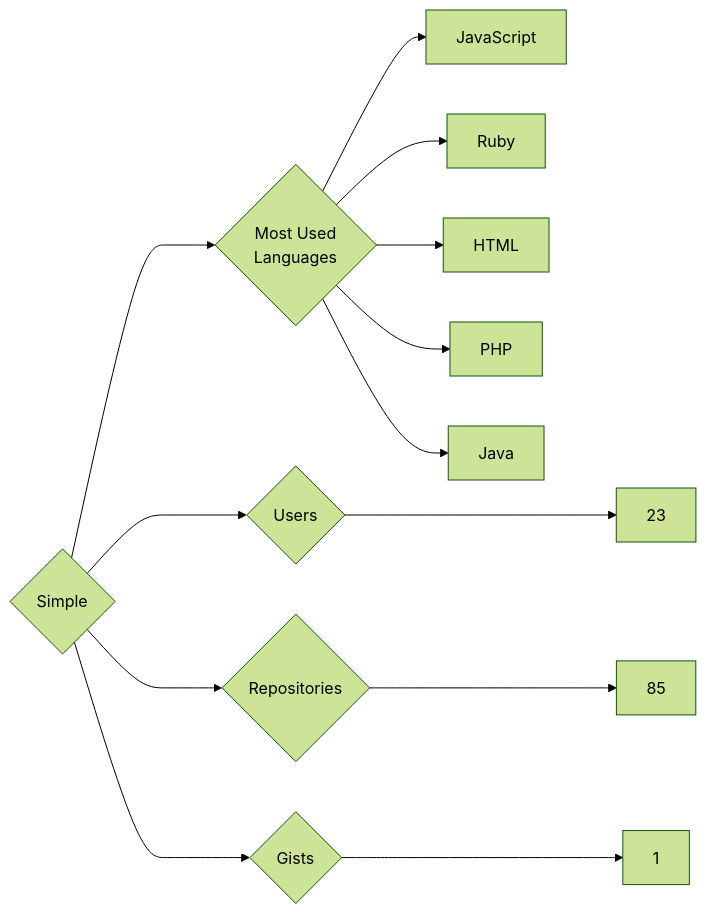
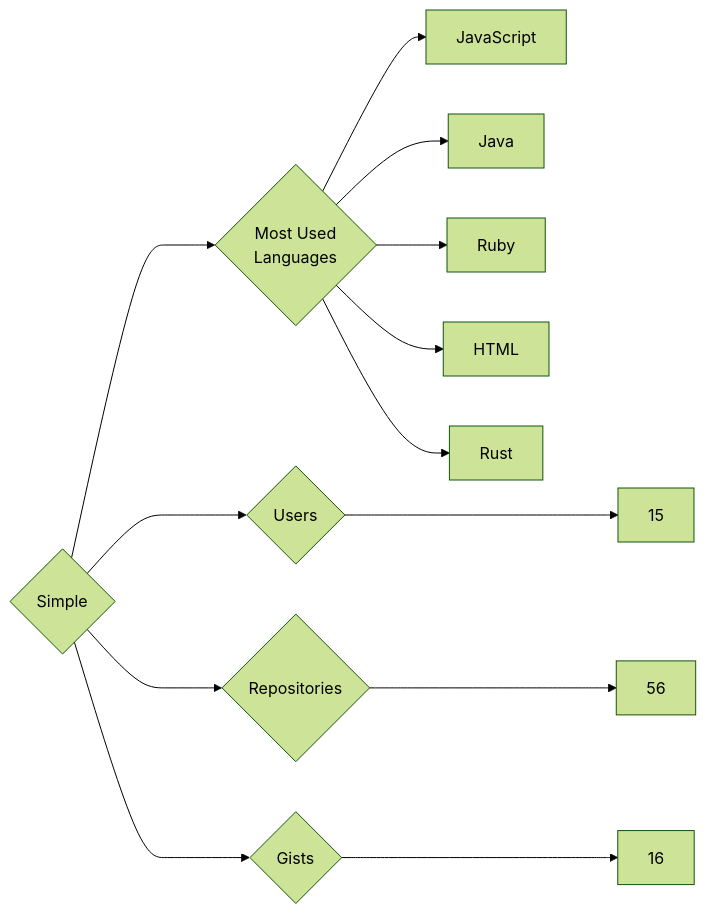
One commit to trickest/insiders changed the diagram in targets/Simple/README.md. Above: the diagram before and after it, drawn with Mermaid (forest theme). The commit also changed 995 other files, not shown here.

````diff
--- a/targets/Simple/README.md
+++ b/targets/Simple/README.md
@@ -3,13 +3,13 @@
 ```mermaid
 graph LR
 COMPANY_NAME{Simple}
-COMPANY_NAME ---> U{Users} ---> UN[23]
-COMPANY_NAME ---> R{Repositories} ---> RN[85]
-COMPANY_NAME ---> G{Gists} ---> GN[1]
+COMPANY_NAME ---> U{Users} ---> UN[15]
+COMPANY_NAME ---> R{Repositories} ---> RN[56]
+COMPANY_NAME ---> G{Gists} ---> GN[16]
 COMPANY_NAME ---> ML{Most Used<br>Languages}
 ML --> JavaScript[JavaScript]
+ML --> Java[Java]
 ML --> Ruby[Ruby]
 ML --> HTML[HTML]
-ML --> PHP[PHP]
-ML --> Java[Java]
+ML --> Rust[Rust]
 ```
````
